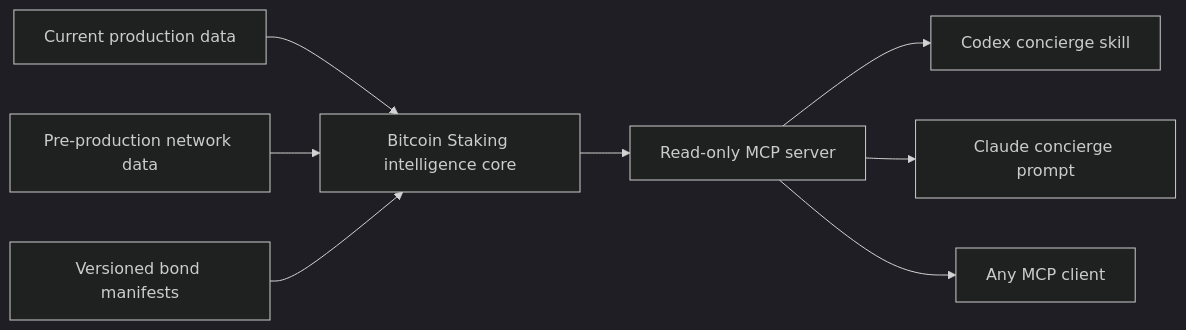
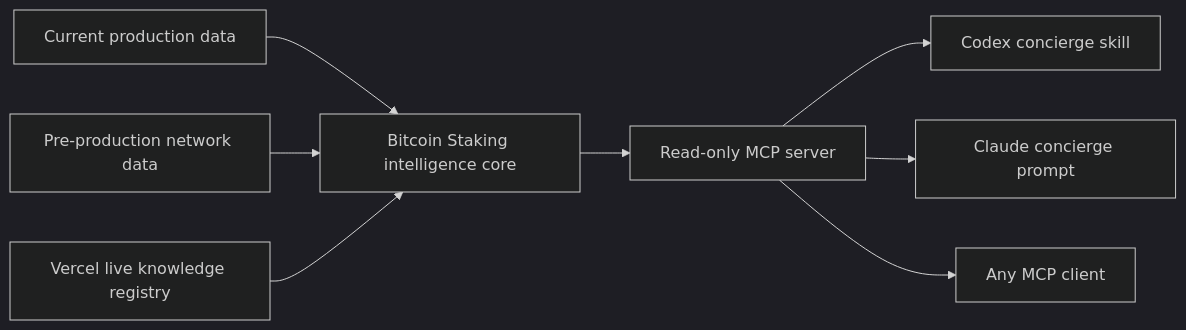
The diagram in README.md (andre-stacks/bitcoin-staking-mcp), drawn with Mermaid (dark theme) before and after one commit. The commit also changed other lines of this file and 75 other files, not shown here.

Commit message:
Add live Scout knowledge registry

````diff
--- a/README.md
+++ b/README.md
@@ -20,10 +20,10 @@
 ```mermaid
 flowchart LR
   A["Current production data"] --> C["Bitcoin Staking intelligence core"]
   T["Pre-production network data"] --> C
-  B["Versioned bond manifests"] --> C
+  B["Vercel live knowledge registry"] --> C
   C --> M["Read-only MCP server"]
   M --> X["Codex concierge skill"]
   M --> Y["Claude concierge prompt"]
   M --> Z["Any MCP client"]
 ```
````
